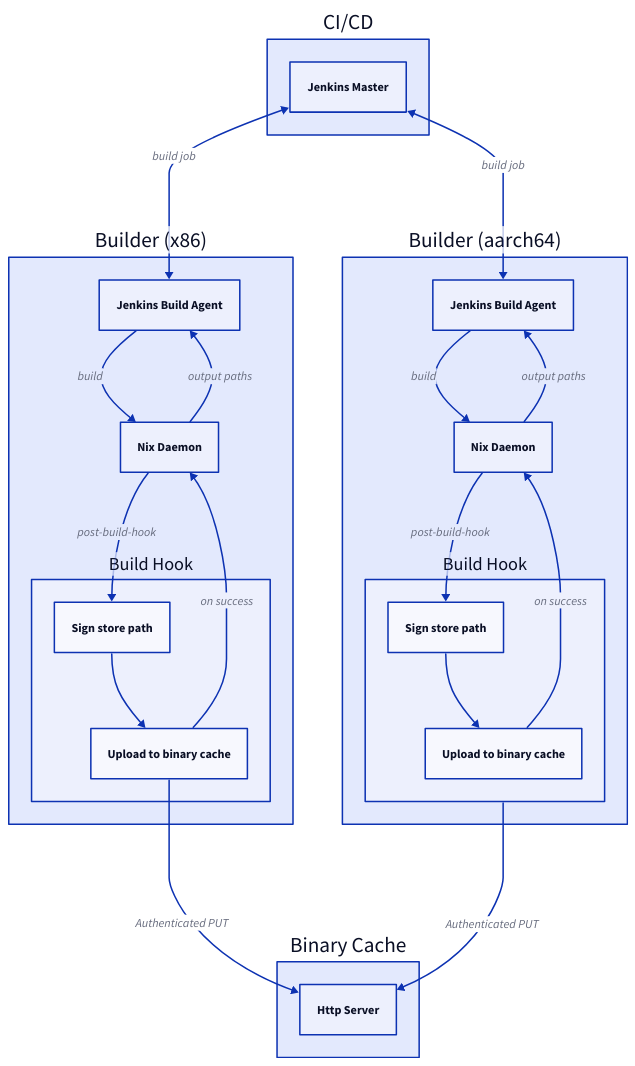
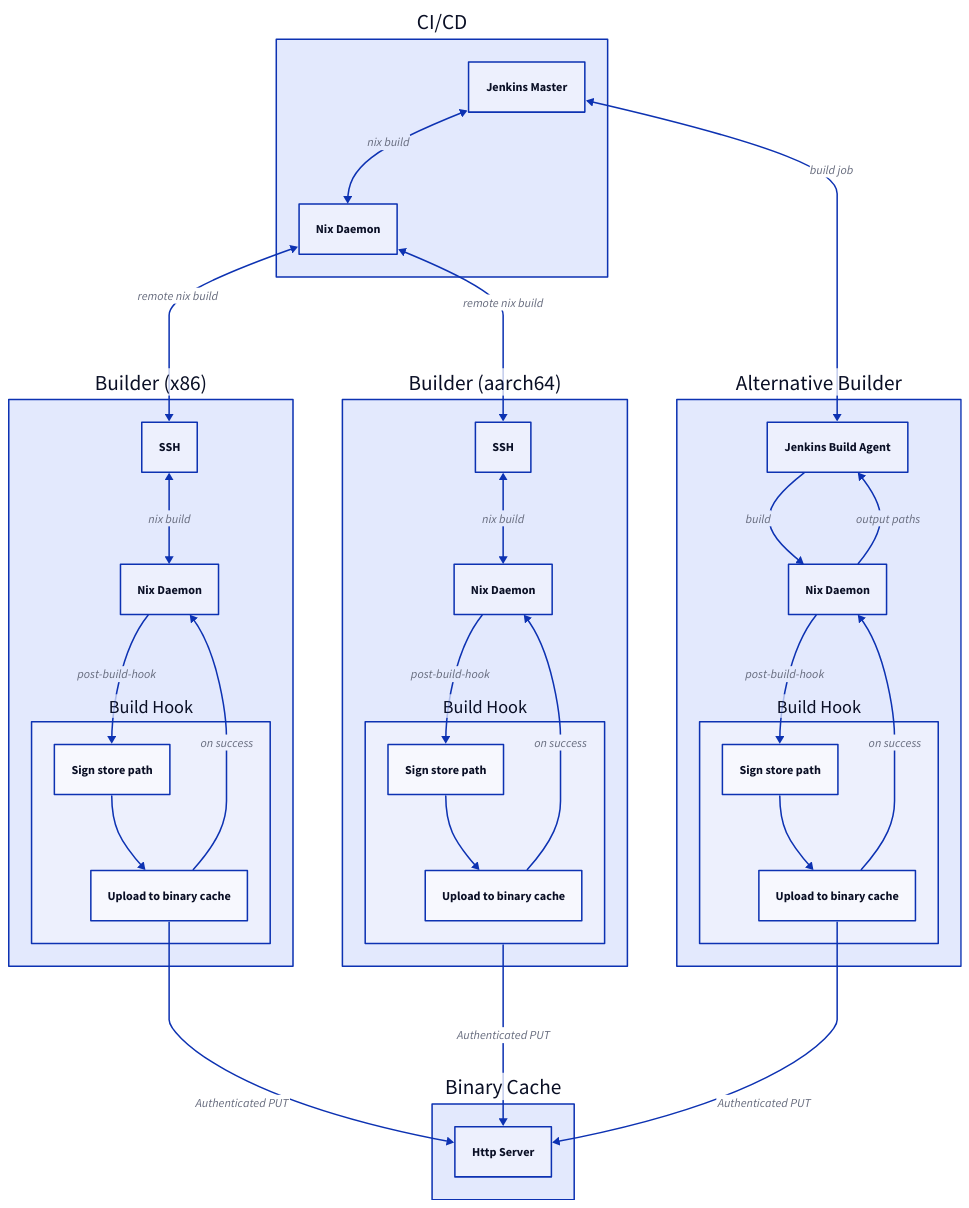
One commit to brianmcgee/ghaf-infra changed the diagram in docs/d2/build.d2. Above: the diagram before and after it, drawn with D2. The commit also changed other lines of this file and 4 other files, not shown here.

First line of the commit message:
doc: update ci/cd architecture

```diff
--- a/docs/d2/build.d2
+++ b/docs/d2/build.d2
@@ -1,44 +1,64 @@
 
 ci: CI/CD {
     jenkins: Jenkins Master
+    nix_daemon: Nix Daemon
 }
 
 cache: Binary Cache {
     http: Http Server
 }
 
 builder_x86: Builder (x86) {
+    ssh: SSH
+    nix_daemon: Nix Daemon
+    build_hook: Build Hook {
+        sign: Sign store path
+        upload: Upload to binary cache
+        sign -> upload
+    }
+
+    ssh <-> nix_daemon: nix build
+    nix_daemon -> build_hook.sign: post-build-hook
+    build_hook.upload -> nix_daemon: on success
+}
+
+builder_aarch64: Builder (aarch64) {
+    ssh: SSH
+    nix_daemon: Nix Daemon
+    build_hook: Build Hook {
+        sign: Sign store path
+        upload: Upload to binary cache
+        sign -> upload
+    }
+
+    ssh <-> nix_daemon: nix build
+    nix_daemon -> build_hook.sign: post-build-hook
+    build_hook.upload -> nix_daemon: on success
+}
+
+alternative_builder: Alternative Builder {
     agent: Jenkins Build Agent
     nix_daemon: Nix Daemon
     build_hook: Build Hook {
         sign: Sign store path
         upload: Upload to binary cache
         sign -> upload
     }
 
     agent -> nix_daemon: build
     nix_daemon -> build_hook.sign: post-build-hook
     build_hook.upload -> nix_daemon: on success
     nix_daemon -> agent: output paths
 }
 
-builder_aarch64: Builder (aarch64) {
-    agent: Jenkins Build Agent
-    nix_daemon: Nix Daemon
-    build_hook: Build Hook {
-        sign: Sign store path
-        upload: Upload to binary cache
-        sign -> upload
-    }
 
-    agent -> nix_daemon: build
-    nix_daemon -> build_hook.sign: post-build-hook
-    build_hook.upload -> nix_daemon: on success
-    nix_daemon -> agent: output paths
-}
-
-ci.jenkins <-> builder_x86.agent: build job
-ci.jenkins <--> builder_aarch64.agent: build job
+ci.jenkins <-> ci.nix_daemon: nix build
+ci.nix_daemon <-> builder_x86.ssh: remote nix build
+ci.nix_daemon <-> builder_aarch64.ssh: remote nix build
 
 builder_x86.build_hook.upload -> cache.http: Authenticated PUT
 builder_aarch64.build_hook -> cache.http: Authenticated PUT
+
+
+ci.jenkins <-> alternative_builder.agent: build job
+alternative_builder.build_hook.upload -> cache.http: Authenticated PUT
```
